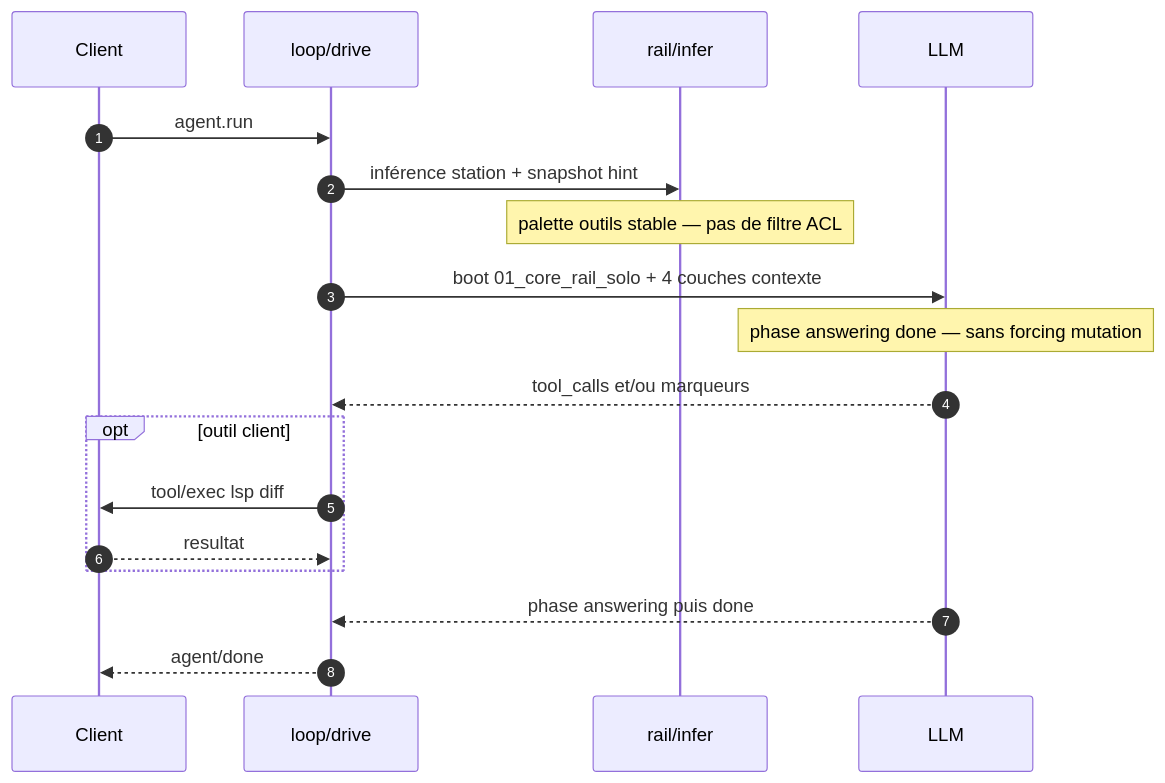
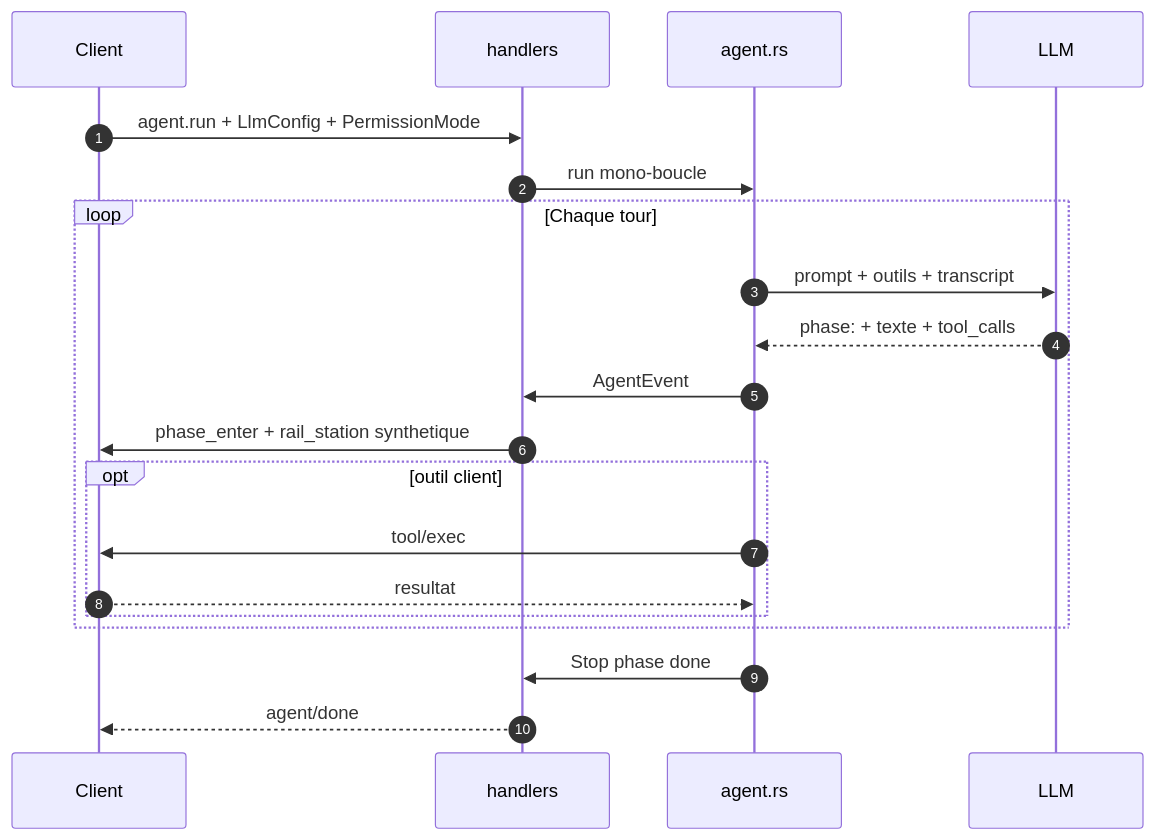
The fifth of 5 diagrams in README.md (DroxKiwi/Drox---IDE), drawn with Mermaid before and after one commit. The commit also changed other lines of this file and 3509 other files, not shown here.

````diff
--- a/README.md
+++ b/README.md
@@ -219,21 +198,23 @@
 ```mermaid
 sequenceDiagram
   autonumber
   participant IDE as Client
-  participant DRV as loop/drive
-  participant RAIL as rail/infer
+  participant SH as handlers
+  participant AG as agent.rs
   participant LLM as LLM
 
-  IDE->>DRV: agent.run
-  DRV->>RAIL: inférence station + snapshot hint
-  Note over RAIL: palette outils stable — pas de filtre ACL
-  DRV->>LLM: boot 01_core_rail_solo + 4 couches contexte
-  Note over LLM: phase answering done — sans forcing mutation
-  LLM-->>DRV: tool_calls et/ou marqueurs
-  opt outil client
-    DRV->>IDE: tool/exec lsp diff
-    IDE-->>DRV: resultat
+  IDE->>SH: agent.run + LlmConfig + PermissionMode
+  SH->>AG: run mono-boucle
+  loop Chaque tour
+    AG->>LLM: prompt + outils + transcript
+    LLM-->>AG: phase: + texte + tool_calls
+    AG->>SH: AgentEvent
+    SH->>IDE: phase_enter + rail_station synthetique
+    opt outil client
+      AG->>IDE: tool/exec
+      IDE-->>AG: resultat
+    end
   end
-  LLM-->>DRV: phase answering puis done
-  DRV-->>IDE: agent/done
+  AG->>SH: Stop phase done
+  SH-->>IDE: agent/done
 ```
````
